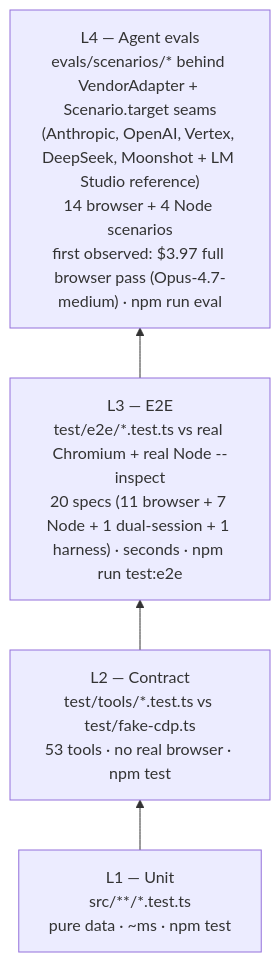
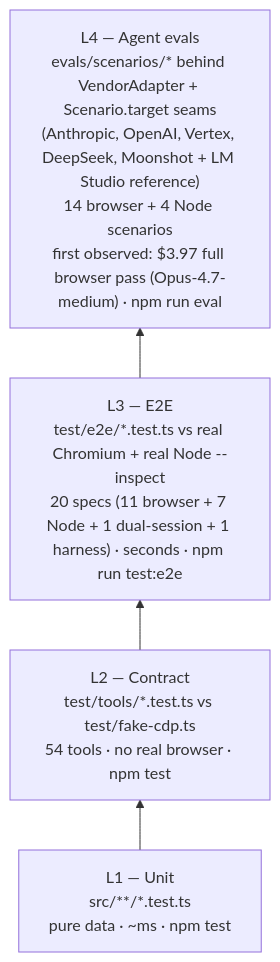
One commit to lcjanke2020/lynceus changed the sixth of 6 diagrams in docs/ARCHITECTURE.md. Above: the diagram before and after it, drawn with Mermaid. The commit also changed other lines of this file and 23 other files, not shown here.

First line of the commit message:
feat: add raced waits and merged timeline (LEO-365) (#71)

````diff
--- a/docs/ARCHITECTURE.md
+++ b/docs/ARCHITECTURE.md
@@ -169,8 +169,8 @@
 ```mermaid
 flowchart BT
     L1["L1 — Unit<br/>src/**/*.test.ts<br/>pure data · ~ms · npm test"]
-    L2["L2 — Contract<br/>test/tools/*.test.ts vs test/fake-cdp.ts<br/>53 tools · no real browser · npm test"]
+    L2["L2 — Contract<br/>test/tools/*.test.ts vs test/fake-cdp.ts<br/>54 tools · no real browser · npm test"]
     L3["L3 — E2E<br/>test/e2e/*.test.ts vs real Chromium + real Node --inspect<br/>20 specs (11 browser + 7 Node + 1 dual-session + 1 harness) · seconds · npm run test:e2e"]
     L4["L4 — Agent evals<br/>evals/scenarios/* behind VendorAdapter + Scenario.target seams<br/>(Anthropic, OpenAI, Vertex, DeepSeek, Moonshot + LM Studio reference)<br/>14 browser + 4 Node scenarios<br/>first observed: $3.97 full browser pass (Opus-4.7-medium) · npm run eval"]
     L1 --> L2 --> L3 --> L4
 ```
````
